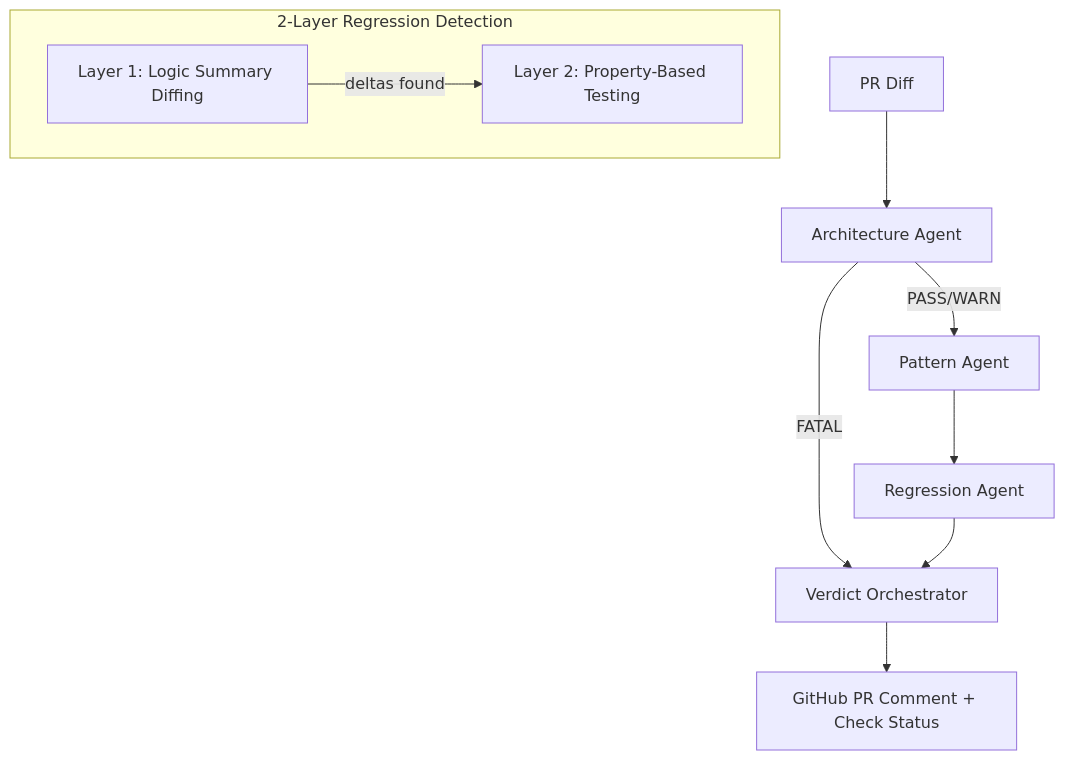
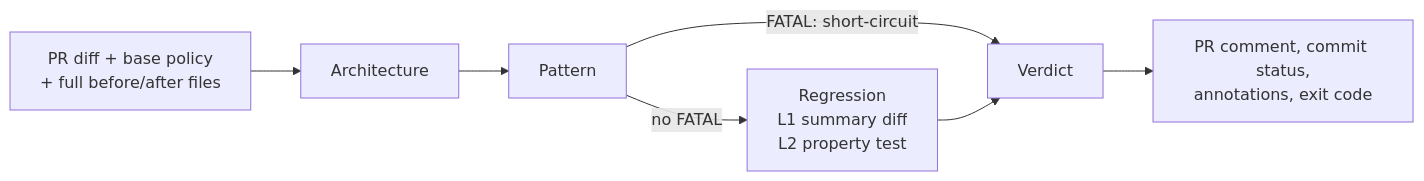
Before and after one commit to rakshithmuda22/agentprobe: the diagram in README.md, drawn with Mermaid. The commit also changed other lines of this file and 1 other file, not shown here.

````diff
--- a/README.md
+++ b/README.md
@@ -26,15 +183,9 @@
 ```mermaid
-graph TD
-    A[PR Diff] --> B[Architecture Agent]
-    B -->|FATAL| F[Verdict Orchestrator]
-    B -->|PASS/WARN| C[Pattern Agent]
-    C --> D[Regression Agent]
-    D --> F
-    F --> G[GitHub PR Comment + Check Status]
-
-    subgraph "2-Layer Regression Detection"
-        D1[Layer 1: Logic Summary Diffing]
-        D2[Layer 2: Property-Based Testing]
-        D1 -->|deltas found| D2
-    end
+graph LR
+    A[PR diff + base policy<br/>+ full before/after files] --> B[Architecture]
+    B --> C[Pattern]
+    C -->|no FATAL| D[Regression<br/>L1 summary diff<br/>L2 property test]
+    C -->|FATAL: short-circuit| E[Verdict]
+    D --> E
+    E --> F[PR comment, commit status,<br/>annotations, exit code]
 ```
````
